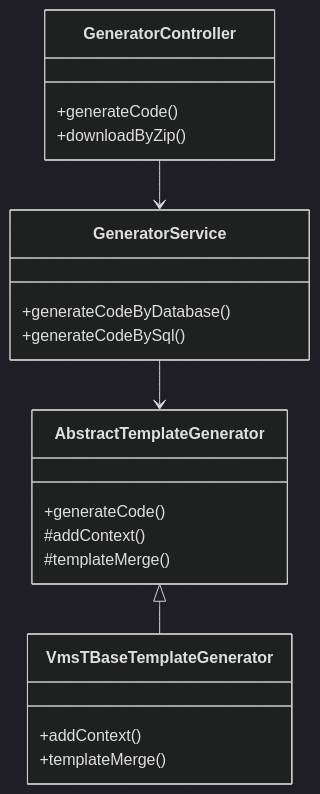
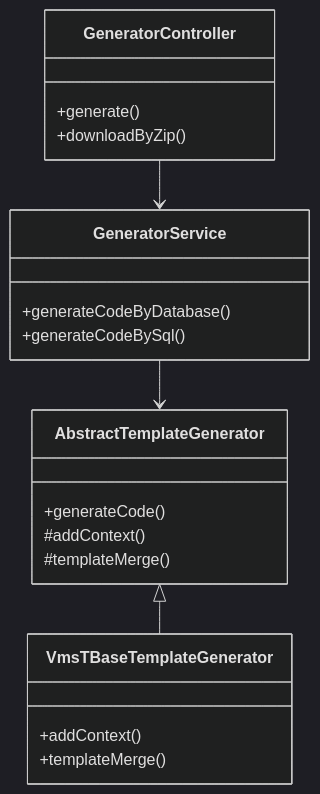
One commit to BunnyMaster/generator-code-server changed the second of 2 diagrams in README.md. Above: the diagram before and after it, drawn with Mermaid (dark theme). The commit also changed other lines of this file, not shown here.

````diff
--- a/README.md
+++ b/README.md
@@ -208,27 +74,27 @@
 ```mermaid
 classDiagram
     class GeneratorController {
-        +generateCode()
+        +generate()
         +downloadByZip()
     }
-    
+
     class GeneratorService {
         +generateCodeByDatabase()
         +generateCodeBySql()
     }
-    
+
     class AbstractTemplateGenerator {
         +generateCode()
         #addContext()
         #templateMerge()
     }
-    
+
     class VmsTBaseTemplateGenerator {
         +addContext()
         +templateMerge()
     }
-    
+
     GeneratorController --> GeneratorService
     GeneratorService --> AbstractTemplateGenerator
     AbstractTemplateGenerator <|-- VmsTBaseTemplateGenerator
 ```
````
